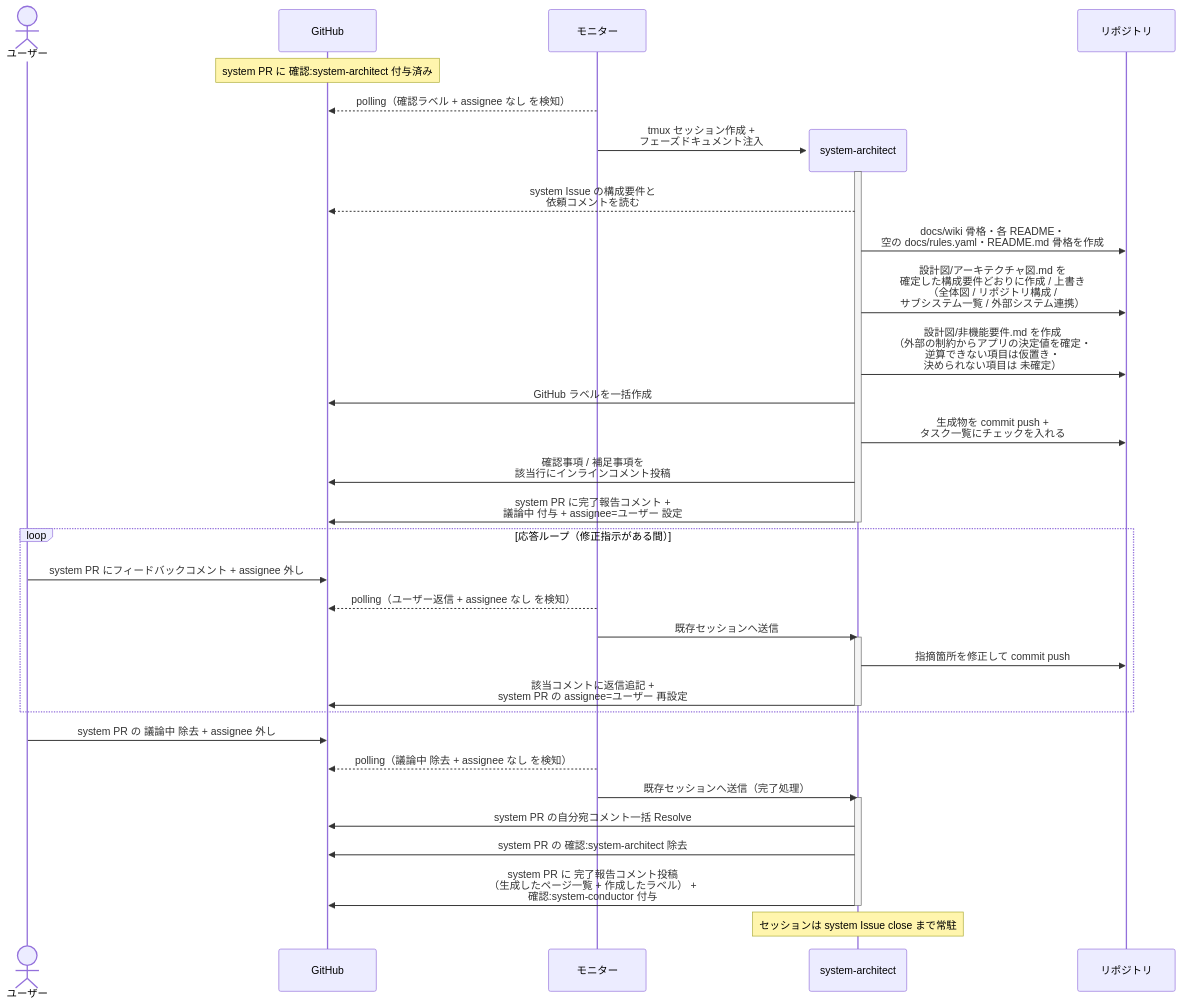
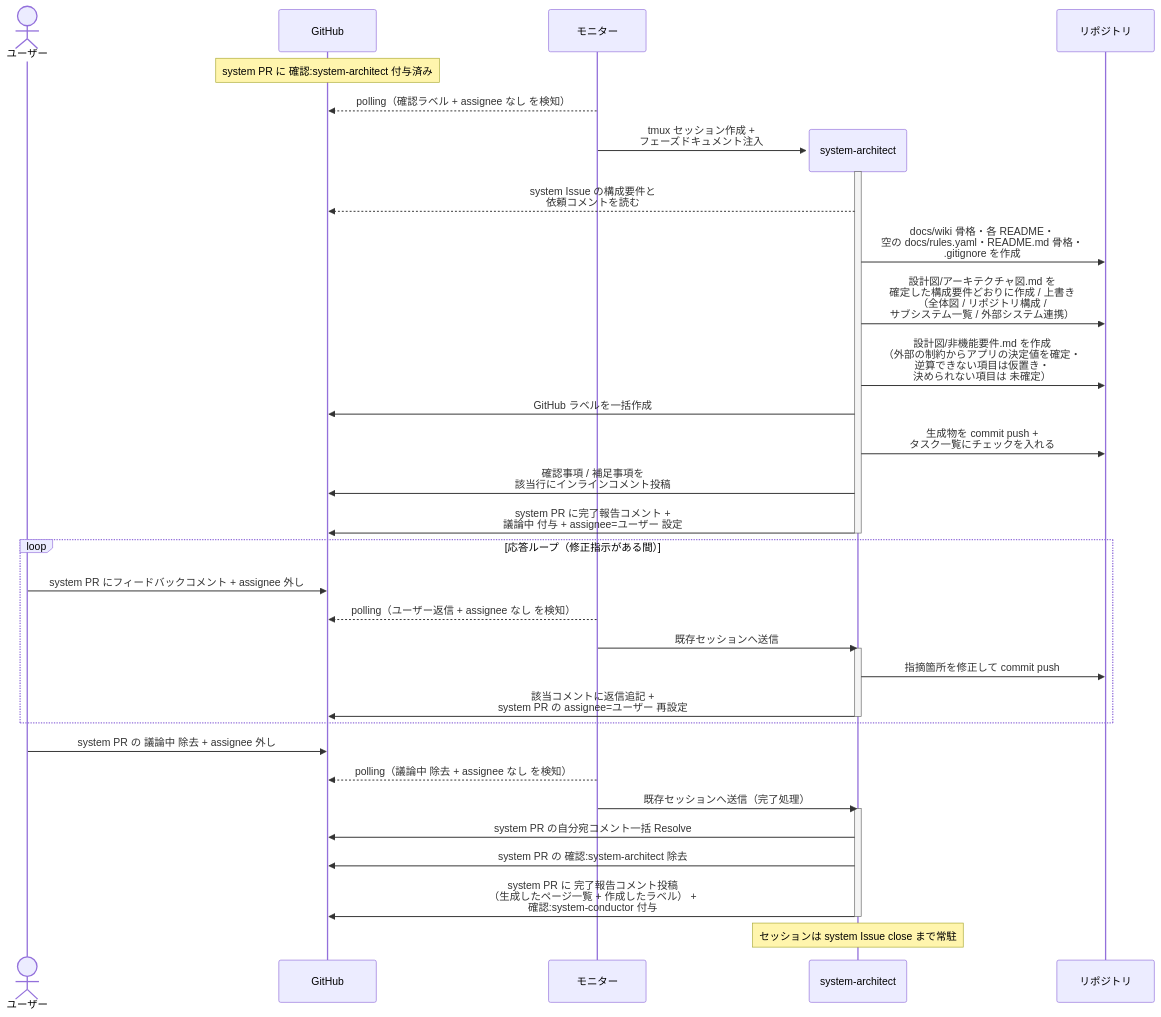
One commit to shuhei1101/ai-monitor changed the diagram in docs/wiki/設計図/シナリオ/単一ユースケース/システム土台生成.md. Above: the diagram before and after it, drawn with Mermaid. The commit also changed other lines of this file and 6 other files, not shown here.

````diff
--- a/docs/wiki/設計図/シナリオ/単一ユースケース/システム土台生成.md
+++ b/docs/wiki/設計図/シナリオ/単一ユースケース/システム土台生成.md
@@ -29,42 +29,42 @@
 ```mermaid
 sequenceDiagram
   actor U as ユーザー
   participant GH as GitHub
   participant ORC as モニター
 
   Note over GH: system PR に 確認:system-architect 付与済み
   ORC-->>GH: polling（確認ラベル + assignee なし を検知）
   create participant MON as system-architect
   ORC->>MON: tmux セッション作成 +<br>フェーズドキュメント注入
   activate MON
   participant REPO as リポジトリ
   MON-->>GH: system Issue の構成要件と<br>依頼コメントを読む
-  MON->>REPO: docs/wiki 骨格・各 README・<br>空の docs/rules.yaml・README.md 骨格を作成
+  MON->>REPO: docs/wiki 骨格・各 README・<br>空の docs/rules.yaml・README.md 骨格・<br>.gitignore を作成
   MON->>REPO: 設計図/アーキテクチャ図.md を<br>確定した構成要件どおりに作成 / 上書き<br>（全体図 / リポジトリ構成 /<br>サブシステム一覧 / 外部システム連携）
   MON->>REPO: 設計図/非機能要件.md を作成<br>（外部の制約からアプリの決定値を確定・<br>逆算できない項目は仮置き・<br>決められない項目は 未確定）
   MON->>GH: GitHub ラベルを一括作成
   MON->>REPO: 生成物を commit push +<br>タスク一覧にチェックを入れる
   MON->>GH: 確認事項 / 補足事項を<br>該当行にインラインコメント投稿
   MON->>GH: system PR に完了報告コメント +<br>議論中 付与 + assignee=ユーザー 設定
   deactivate MON
 
   loop 応答ループ（修正指示がある間）
     U->>GH: system PR にフィードバックコメント + assignee 外し
     ORC-->>GH: polling（ユーザー返信 + assignee なし を検知）
     ORC->>MON: 既存セッションへ送信
     activate MON
     MON->>REPO: 指摘箇所を修正して commit push
     MON->>GH: 該当コメントに返信追記 +<br>system PR の assignee=ユーザー 再設定
     deactivate MON
   end
 
   U->>GH: system PR の 議論中 除去 + assignee 外し
   ORC-->>GH: polling（議論中 除去 + assignee なし を検知）
   ORC->>MON: 既存セッションへ送信（完了処理）
   activate MON
   MON->>GH: system PR の自分宛コメント一括 Resolve
   MON->>GH: system PR の 確認:system-architect 除去
   MON->>GH: system PR に 完了報告コメント投稿<br>（生成したページ一覧 + 作成したラベル） +<br>確認:system-conductor 付与
   deactivate MON
   Note over MON: セッションは system Issue close まで常駐
 ```
````
